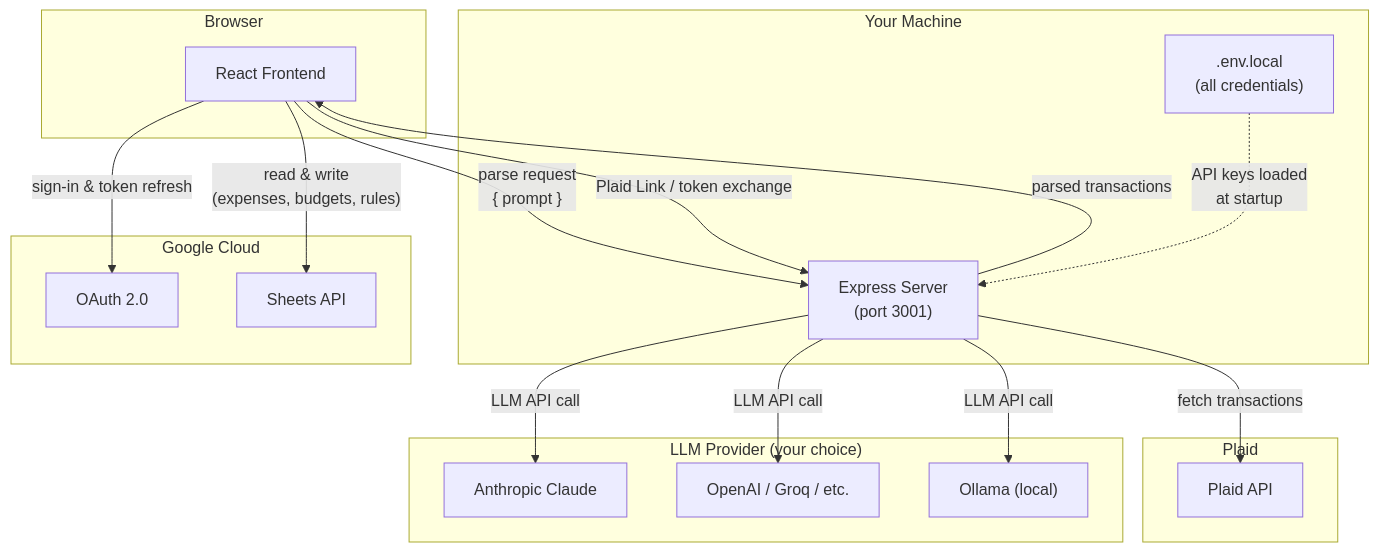
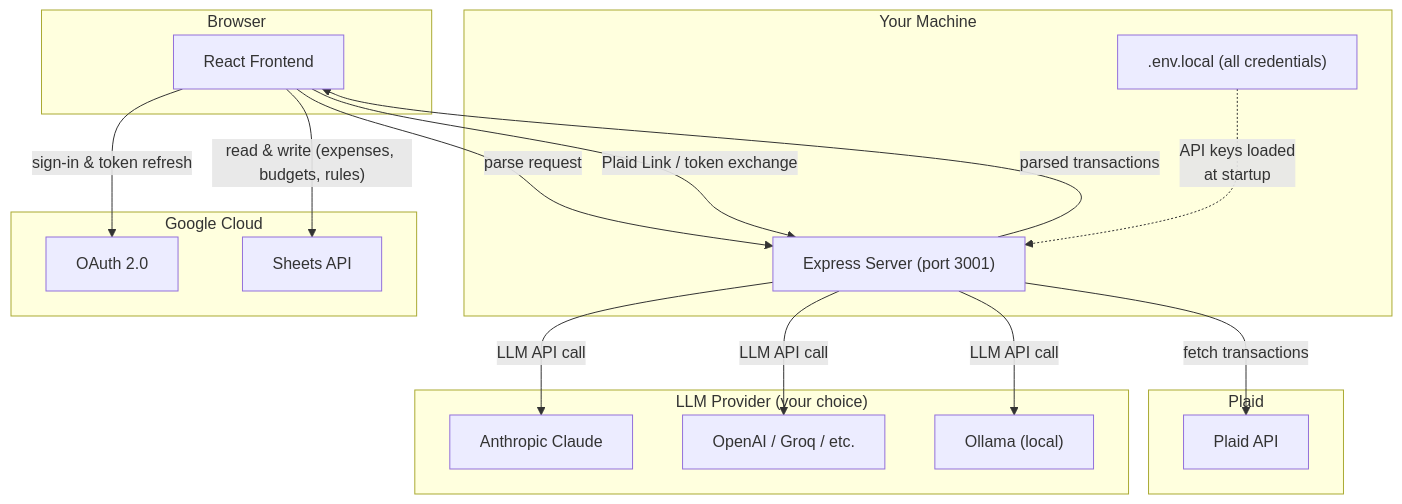
The diagram in README.md (yogan-pradyumna/ledgr), drawn with Mermaid before and after one commit. The commit also changed other lines of this file, not shown here.

Commit message:
Updating Setup instructions in README

````diff
--- a/README.md
+++ b/README.md
@@ -31,37 +31,37 @@
 ```mermaid
 flowchart TB
     subgraph browser["Browser"]
         react["React Frontend"]
     end
 
     subgraph machine["Your Machine"]
-        server["Express Server\n(port 3001)"]
-        env[".env.local\n(all credentials)"]
+        server["Express Server (port 3001)"]
+        env[".env.local (all credentials)"]
     end
 
     subgraph google["Google Cloud"]
         oauth["OAuth 2.0"]
         sheets["Sheets API"]
     end
 
     subgraph llm["LLM Provider (your choice)"]
         claude["Anthropic Claude"]
         openai["OpenAI / Groq / etc."]
         ollama["Ollama (local)"]
     end
 
     subgraph plaid["Plaid"]
         plaidapi["Plaid API"]
     end
 
     react -- "sign-in & token refresh" --> oauth
-    react -- "read & write\n(expenses, budgets, rules)" --> sheets
-    react -- "parse request\n{ prompt }" --> server
+    react -- "read & write (expenses, budgets, rules)" --> sheets
+    react -- "parse request" --> server
     server -- "parsed transactions" --> react
     server -- "LLM API call" --> claude
     server -- "LLM API call" --> openai
     server -- "LLM API call" --> ollama
     env -. "API keys loaded\nat startup" .-> server
     react -- "Plaid Link / token exchange" --> server
     server -- "fetch transactions" --> plaidapi
 ```
````
